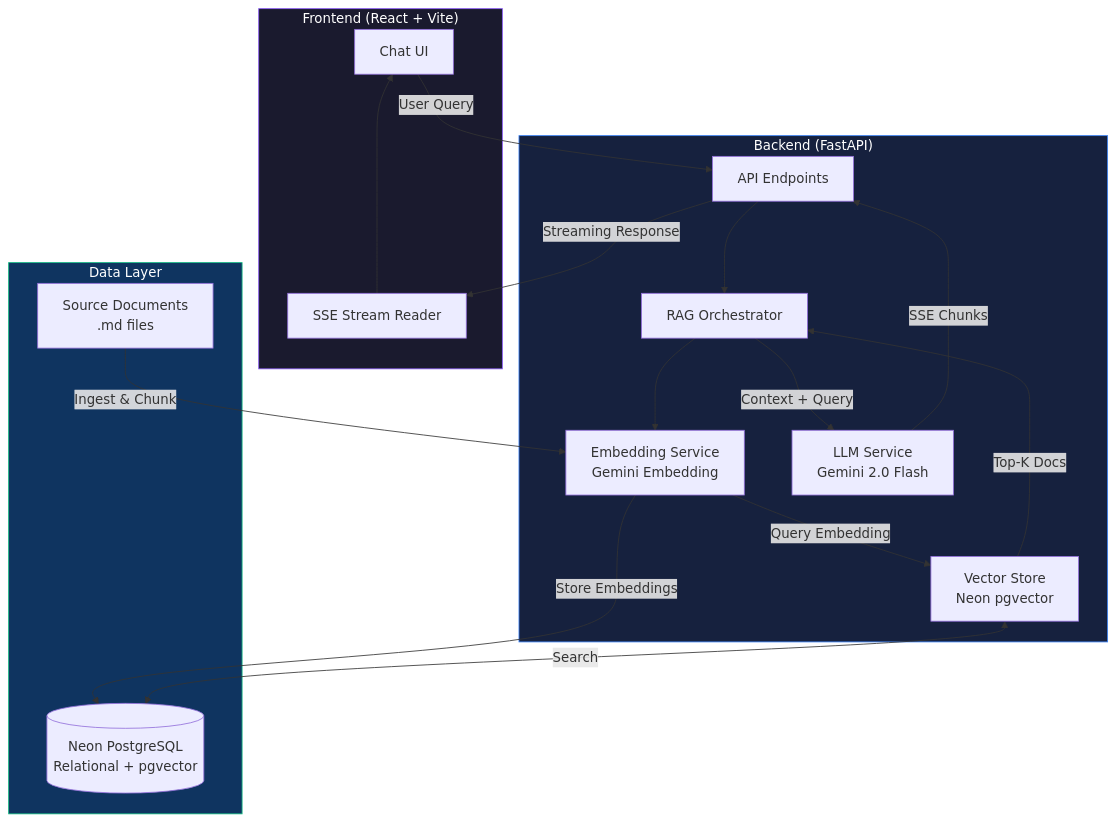
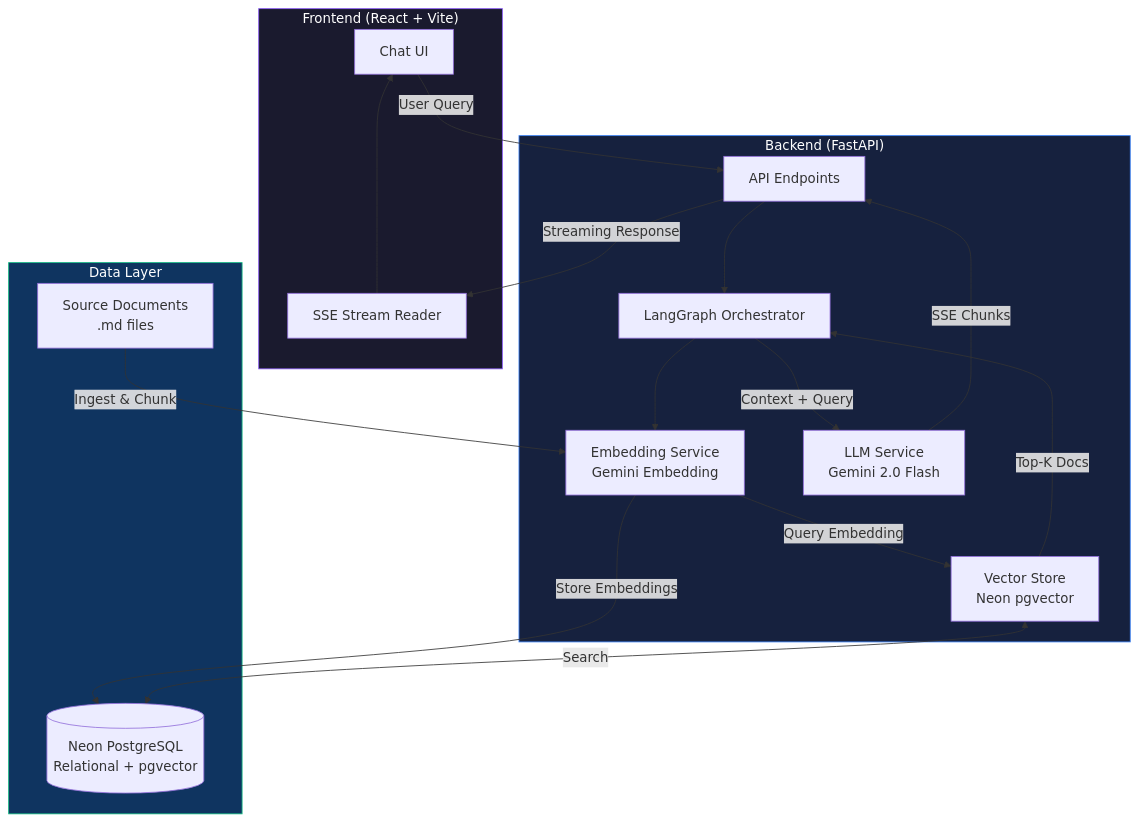
One commit to yongjiexue88/coding-exercise changed the diagram in README.md. Above: the diagram before and after it, drawn with Mermaid. The commit also changed other lines of this file and 14 other files, not shown here.

Commit message:
feat(backend): implement LangGraph-based RAG pipeline & ingestion scripts

````diff
--- a/README.md
+++ b/README.md
@@ -9,36 +9,36 @@
 ```mermaid
 flowchart TB
     subgraph Frontend["Frontend (React + Vite)"]
         UI["Chat UI"]
         SSE["SSE Stream Reader"]
     end
 
     subgraph Backend["Backend (FastAPI)"]
         API["API Endpoints"]
         EMB["Embedding Service<br/>Gemini Embedding"]
         VS["Vector Store<br/>Neon pgvector"]
         LLM["LLM Service<br/>Gemini 2.0 Flash"]
-        RAG["RAG Orchestrator"]
+        RAG["LangGraph Orchestrator"]
     end
 
     subgraph Data["Data Layer"]
         DOCS["Source Documents<br/>.md files"]
         NEON[("Neon PostgreSQL<br/>Relational + pgvector")]
     end
 
     UI -->|"User Query"| API
     API --> RAG
     RAG --> EMB -->|"Query Embedding"| VS
     VS -->|"Top-K Docs"| RAG
     RAG -->|"Context + Query"| LLM
     LLM -->|"SSE Chunks"| API
     API -->|"Streaming Response"| SSE --> UI
 
     DOCS -->|"Ingest & Chunk"| EMB
     EMB -->|"Store Embeddings"| NEON
     VS <-->|"Search"| NEON
 
     style Frontend fill:#1a1a2e,stroke:#8b5cf6,color:#fff
     style Backend fill:#16213e,stroke:#3b82f6,color:#fff
     style Data fill:#0f3460,stroke:#10b981,color:#fff
 ```
````
